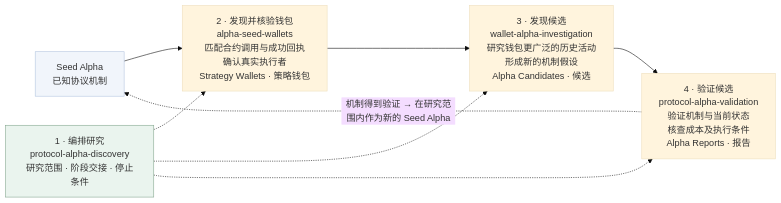
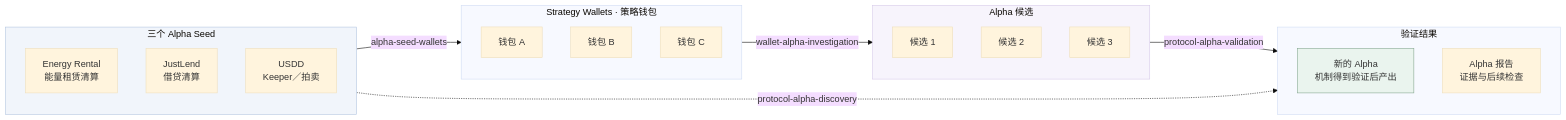
One commit to qinyh10300/protocol-alpha-finder changed the diagram in docs/diagrams/system-architecture-zh-CN.mmd. Above: the diagram before and after it, drawn with Mermaid (base theme). The commit also changed 6 other files, not shown here.

Commit message:
docs: show three alpha seeds and Skill-labeled discovery arrows

```diff
--- a/docs/diagrams/system-architecture-zh-CN.mmd
+++ b/docs/diagrams/system-architecture-zh-CN.mmd
@@ -1,14 +1,28 @@
-%% Four-Skill method. render_architecture.py generates the fixed-layout README illustration.
+%% Entity nodes; research Skills label the transitions.
 flowchart LR
-    SEED["Seed Alpha<br/>已知协议机制"]
-    ORCH["1 · 编排研究<br/>protocol-alpha-discovery<br/>研究范围 · 阶段交接 · 停止条件"]
-    FIND["2 · 发现并核验钱包<br/>alpha-seed-wallets<br/>匹配合约调用与成功回执<br/>确认真实执行者<br/>Strategy Wallets · 策略钱包"]
-    INVESTIGATE["3 · 发现候选<br/>wallet-alpha-investigation<br/>研究钱包更广泛的历史活动<br/>形成新的机制假设<br/>Alpha Candidates · 候选"]
-    VALIDATE["4 · 验证候选<br/>protocol-alpha-validation<br/>验证机制与当前状态<br/>核查成本及执行条件<br/>Alpha Reports · 报告"]
-    SEED --> FIND --> INVESTIGATE --> VALIDATE
-    ORCH -.-> FIND
-    ORCH -.-> INVESTIGATE
-    ORCH -.-> VALIDATE
-    VALIDATE -.->|机制得到验证 → 在研究范围内作为新的 Seed Alpha| SEED
-    style ORCH fill:#eaf4ee,stroke:#83a68e
-    style SEED fill:#f1f5fb,stroke:#b2c5df
+    subgraph SEEDS["三个 Alpha Seed"]
+        E["Energy Rental<br/>能量租赁清算"]
+        J["JustLend<br/>借贷清算"]
+        U["USDD<br/>Keeper／拍卖"]
+    end
+    subgraph WALLETS["Strategy Wallets · 策略钱包"]
+        W1["钱包 A"]
+        W2["钱包 B"]
+        W3["钱包 C"]
+    end
+    subgraph CANDIDATES["Alpha 候选"]
+        C1["候选 1"]
+        C2["候选 2"]
+        C3["候选 3"]
+    end
+    subgraph RESULTS["验证结果"]
+        ALPHA["新的 Alpha<br/>机制得到验证后产出"]
+        REPORTS["Alpha 报告<br/>证据与后续检查"]
+    end
+    SEEDS -->|alpha-seed-wallets| WALLETS
+    WALLETS -->|wallet-alpha-investigation| CANDIDATES
+    CANDIDATES -->|protocol-alpha-validation| RESULTS
+    SEEDS -.->|protocol-alpha-discovery| RESULTS
+    style SEEDS fill:#f1f5fb,stroke:#b2c5df
+    style CANDIDATES fill:#f7f4fc,stroke:#d6c9e9
+    style ALPHA fill:#eaf4ee,stroke:#83a68e
```
